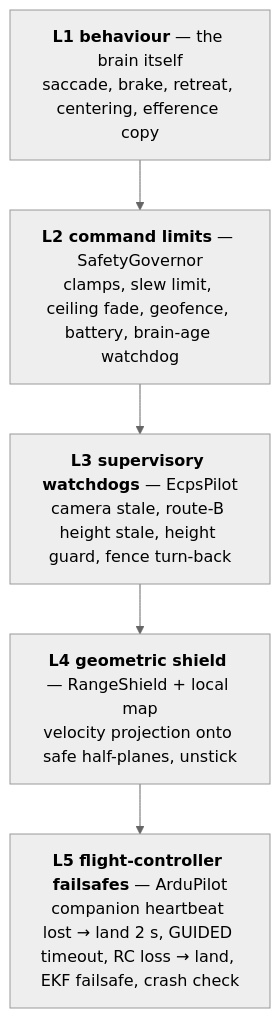
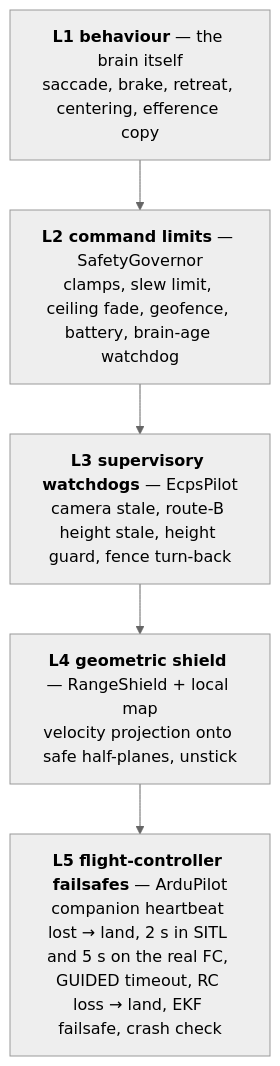
Before and after one commit to jiewent1-cmyk/FlyDrones: the seventh of 17 diagrams in ecps295/docs/ARCHITECTURE.md, drawn with Mermaid (neutral theme). The commit also changed other lines of this file and 129 other files, not shown here.

````diff
--- a/ecps295/docs/ARCHITECTURE.md
+++ b/ecps295/docs/ARCHITECTURE.md
@@ -307,9 +345,9 @@
 ```mermaid
 flowchart TB
   L1["<b>L1 behaviour</b> — the brain itself<br/>saccade, brake, retreat, centering, efference copy"]
   L2["<b>L2 command limits</b> — SafetyGovernor<br/>clamps, slew limit, ceiling fade, geofence, battery, brain-age watchdog"]
   L3["<b>L3 supervisory watchdogs</b> — EcpsPilot<br/>camera stale, route-B height stale, height guard, fence turn-back"]
   L4["<b>L4 geometric shield</b> — RangeShield + local map<br/>velocity projection onto safe half-planes, unstick"]
-  L5["<b>L5 flight-controller failsafes</b> — ArduPilot<br/>companion heartbeat lost → land 2 s, GUIDED timeout, RC loss → land, EKF failsafe, crash check"]
+  L5["<b>L5 flight-controller failsafes</b> — ArduPilot<br/>companion heartbeat lost → land, 2 s in SITL and 5 s on the real FC, GUIDED timeout, RC loss → land, EKF failsafe, crash check"]
   L1 --> L2 --> L3 --> L4 --> L5
 ```
````
